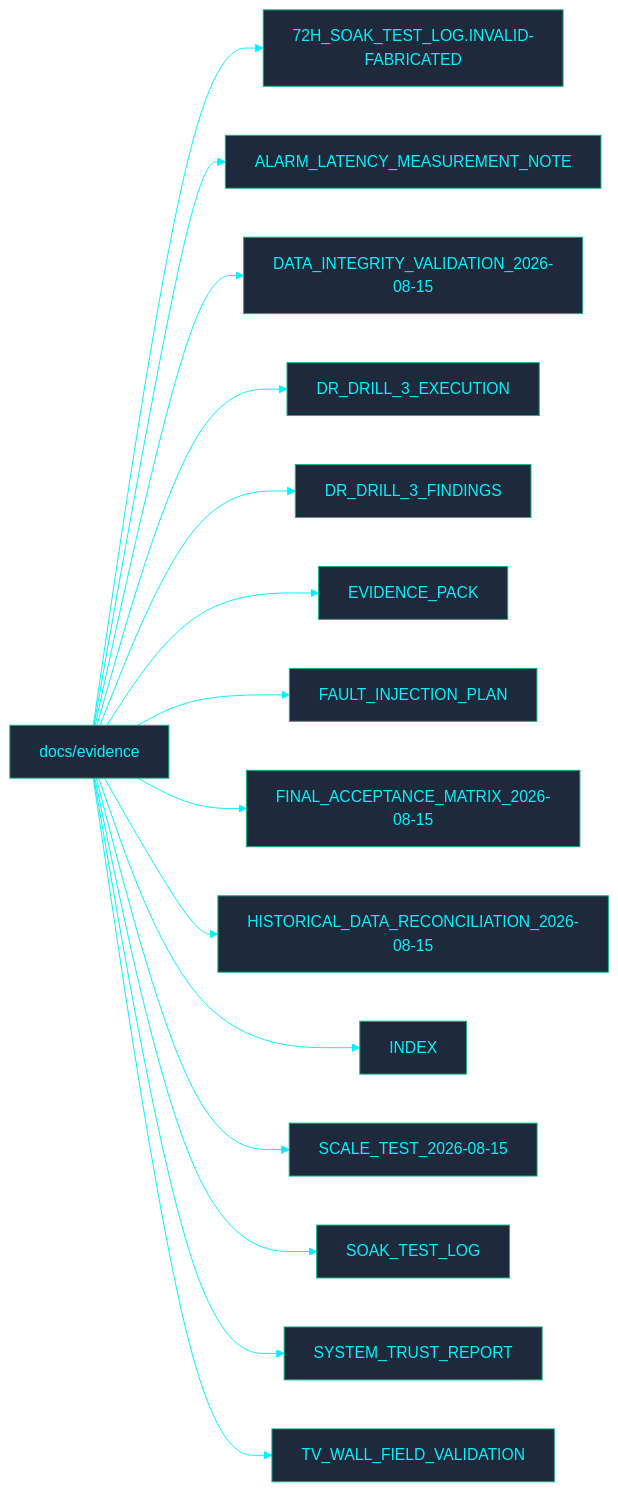
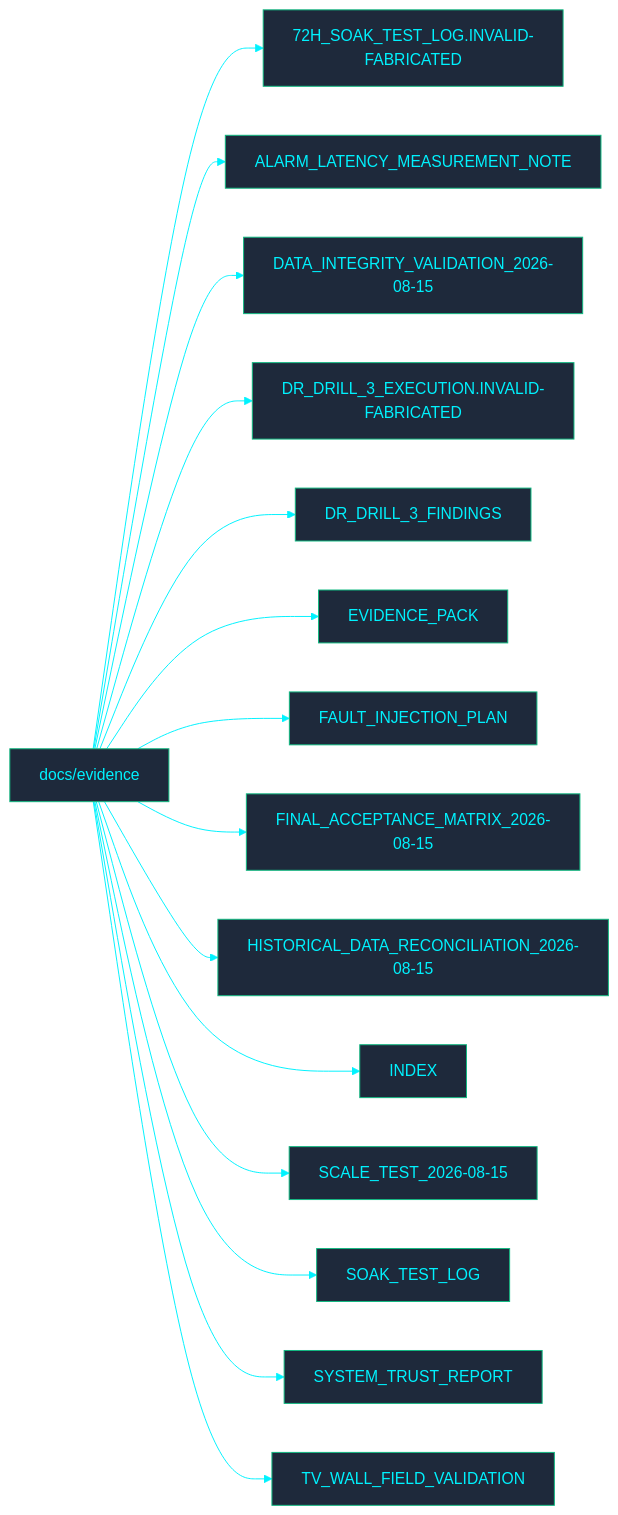
One commit to PATTANAKORN025/IMS changed the diagram in docs/evidence/README.md. Above: the diagram before and after it, drawn with Mermaid. The commit also changed other lines of this file and 2 other files, not shown here.

Commit message:
docs: quarantine fabricated DR Drill 3 evidence

````diff
--- a/docs/evidence/README.md
+++ b/docs/evidence/README.md
@@ -7,19 +7,19 @@
 ```mermaid
 %%{init: {'theme': 'base', 'themeVariables': { 'primaryColor': '#1e293b', 'primaryTextColor': '#00F2FE', 'primaryBorderColor': '#10B981', 'lineColor': '#00F2FE', 'secondaryColor': '#0f172a', 'tertiaryColor': '#0f172a', 'clusterBkg': '#030407', 'clusterBorder': '#00F2FE'}}}%%
 flowchart LR
   ROOT["docs/evidence"]
   ROOT --> F0["72H_SOAK_TEST_LOG.INVALID-FABRICATED"]
   ROOT --> F1["ALARM_LATENCY_MEASUREMENT_NOTE"]
   ROOT --> F2["DATA_INTEGRITY_VALIDATION_2026-08-15"]
-  ROOT --> F3["DR_DRILL_3_EXECUTION"]
+  ROOT --> F3["DR_DRILL_3_EXECUTION.INVALID-FABRICATED"]
   ROOT --> F4["DR_DRILL_3_FINDINGS"]
   ROOT --> F5["EVIDENCE_PACK"]
   ROOT --> F6["FAULT_INJECTION_PLAN"]
   ROOT --> F7["FINAL_ACCEPTANCE_MATRIX_2026-08-15"]
   ROOT --> F8["HISTORICAL_DATA_RECONCILIATION_2026-08-15"]
   ROOT --> F9["INDEX"]
   ROOT --> F10["SCALE_TEST_2026-08-15"]
   ROOT --> F11["SOAK_TEST_LOG"]
   ROOT --> F12["SYSTEM_TRUST_REPORT"]
   ROOT --> F13["TV_WALL_FIELD_VALIDATION"]
 ```
````
